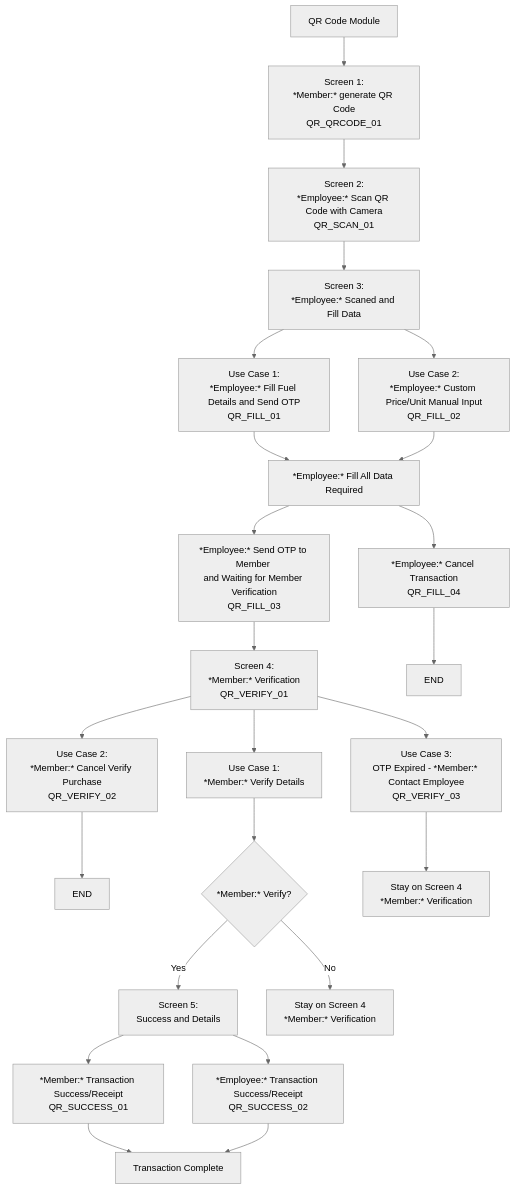
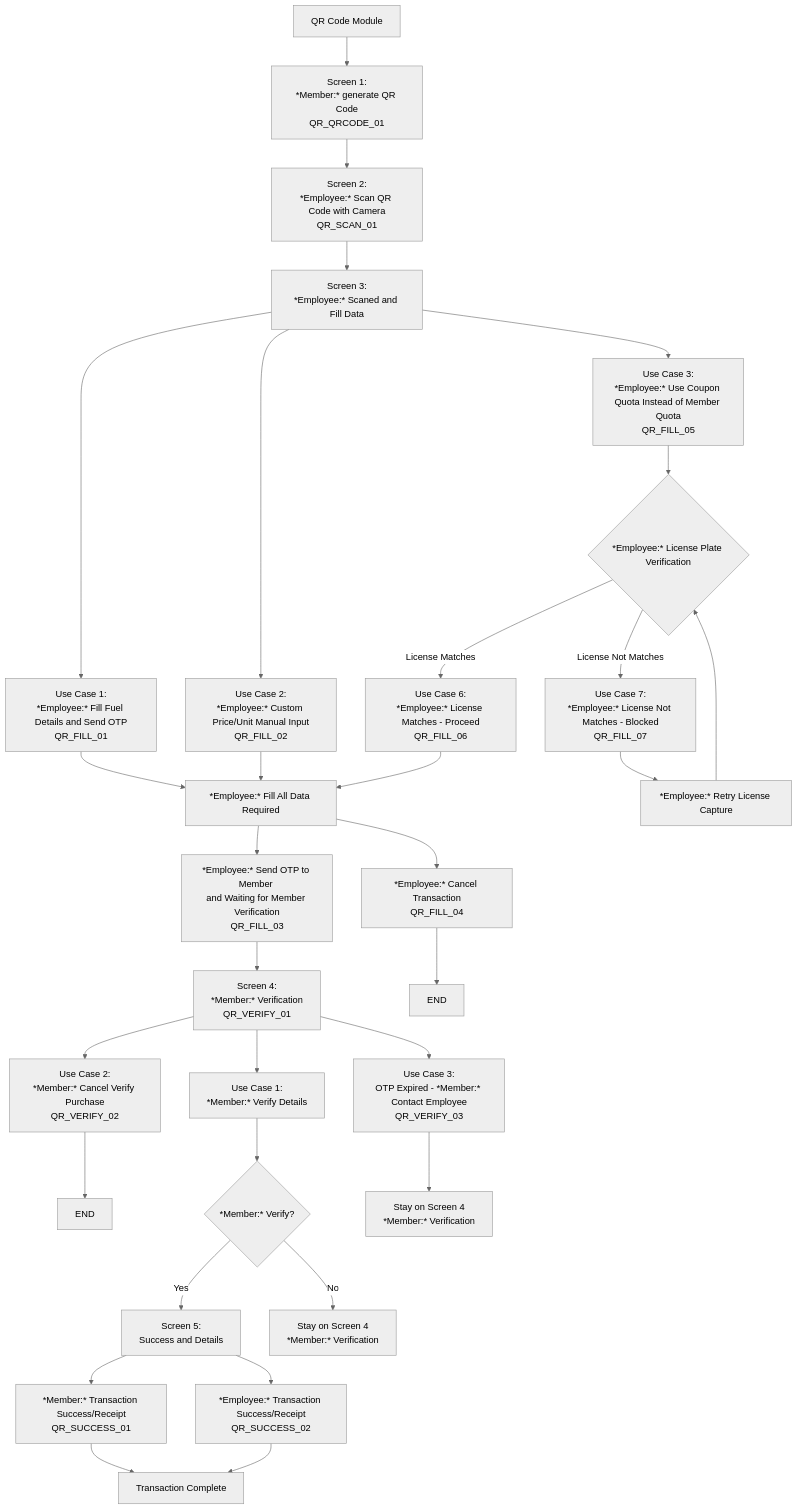
Before and after one commit to phurachan/member-card: the fifth of 7 diagrams in fuel_app_flowchart.md, drawn with Mermaid (neutral theme). The commit also changed other lines of this file and 1 other file, not shown here.

Commit message:
add coupon system

````diff
--- a/fuel_app_flowchart.md
+++ b/fuel_app_flowchart.md
@@ -58,34 +72,44 @@
 ```mermaid
 graph TD
     QR[QR Code Module] --> STEP1[Screen 1:<br/>*Member:* generate QR Code<br/>QR_QRCODE_01]
     
     STEP1 --> STEP2[Screen 2:<br/>*Employee:* Scan QR Code with Camera<br/>QR_SCAN_01]
     STEP2 --> STEP3[Screen 3:<br/>*Employee:* Scaned and Fill Data]
     STEP3 -->FILL_STANDARD[Use Case 1:<br/>*Employee:* Fill Fuel Details and Send OTP<br/>QR_FILL_01]
     STEP3 -->CUSTOM_PRICE[Use Case 2:<br/>*Employee:* Custom Price/Unit Manual Input<br/>QR_FILL_02]
+    STEP3 -->USE_COUPON[Use Case 3:<br/>*Employee:* Use Coupon Quota Instead of Member Quota<br/>QR_FILL_05]
+    
+    USE_COUPON -->LICENSE_VERIFY{*Employee:* License Plate Verification}
+    LICENSE_VERIFY -->|License Matches| LICENSE_APPROVED[Use Case 6:<br/>*Employee:* License Matches - Proceed<br/>QR_FILL_06]
+    LICENSE_VERIFY -->|License Not Matches| LICENSE_BLOCKED[Use Case 7:<br/>*Employee:* License Not Matches - Blocked<br/>QR_FILL_07]
+    
     FILL_STANDARD -->CONNECTION_1[*Employee:* Fill All Data Required]
     CUSTOM_PRICE -->CONNECTION_1
+    LICENSE_APPROVED -->CONNECTION_1
+    LICENSE_BLOCKED -->RETRY_LICENSE[*Employee:* Retry License Capture]
+    RETRY_LICENSE -->LICENSE_VERIFY
+    
     CONNECTION_1 -->WAITING[*Employee:* Send OTP to Member <br/>and Waiting for Member Verification<br/>QR_FILL_03]
     CONNECTION_1 -->CONFIRM_BACK[*Employee:* Cancel Transaction<br/>QR_FILL_04]
     
     WAITING --> STEP4[Screen 4:<br/>*Member:* Verification<br/>QR_VERIFY_01]
     CONFIRM_BACK --> END_TRANSACTION[END]
 
     STEP4 -->VERIFY_DATA[Use Case 1:<br/>*Member:* Verify Details]
     STEP4 -->CANCEL_VERIFY[Use Case 2:<br/>*Member:* Cancel Verify Purchase<br/>QR_VERIFY_02]
     STEP4 -->OTP_EXPIRED[Use Case 3:<br/>OTP Expired - *Member:* Contact Employee<br/>QR_VERIFY_03]
     
     CANCEL_VERIFY -->END_VERIFY[END]
 
     VERIFY_DATA --> UC6{*Member:* Verify?}
     UC6 -->|Yes| STEP5[Screen 5:<br/>Success and Details]
     UC6 -->|No| STAY[Stay on Screen 4<br/>*Member:* Verification]
 
     OTP_EXPIRED -->STAY2[Stay on Screen 4<br/>*Member:* Verification]
     
     STEP5 -->CUST_SUCCESS[*Member:* Transaction Success/Receipt<br/>QR_SUCCESS_01]
     STEP5 -->EMP_SUCCESS[*Employee:* Transaction Success/Receipt<br/>QR_SUCCESS_02]
     
     CUST_SUCCESS --> END_QR[Transaction Complete]
     EMP_SUCCESS --> END_QR
 ```
````
